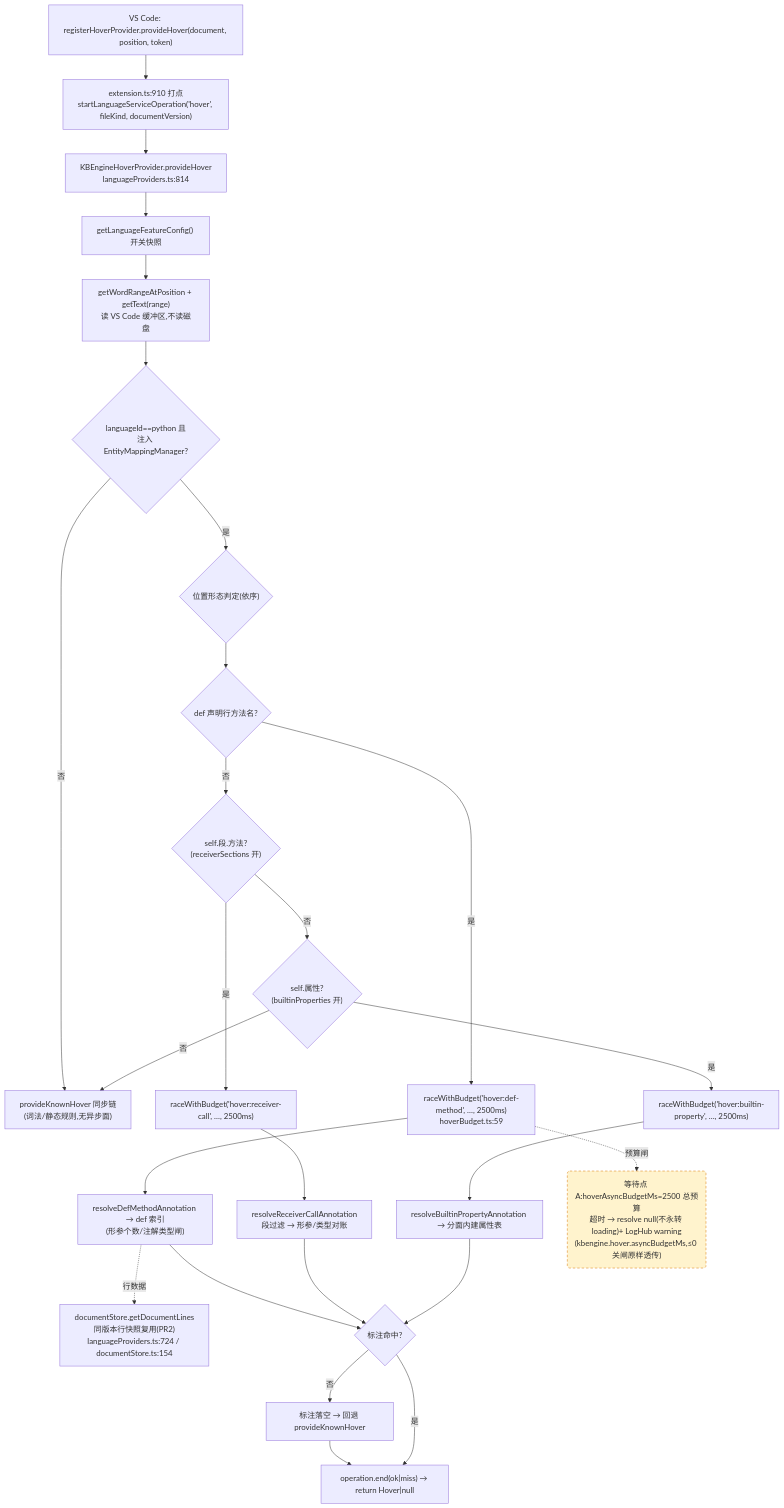
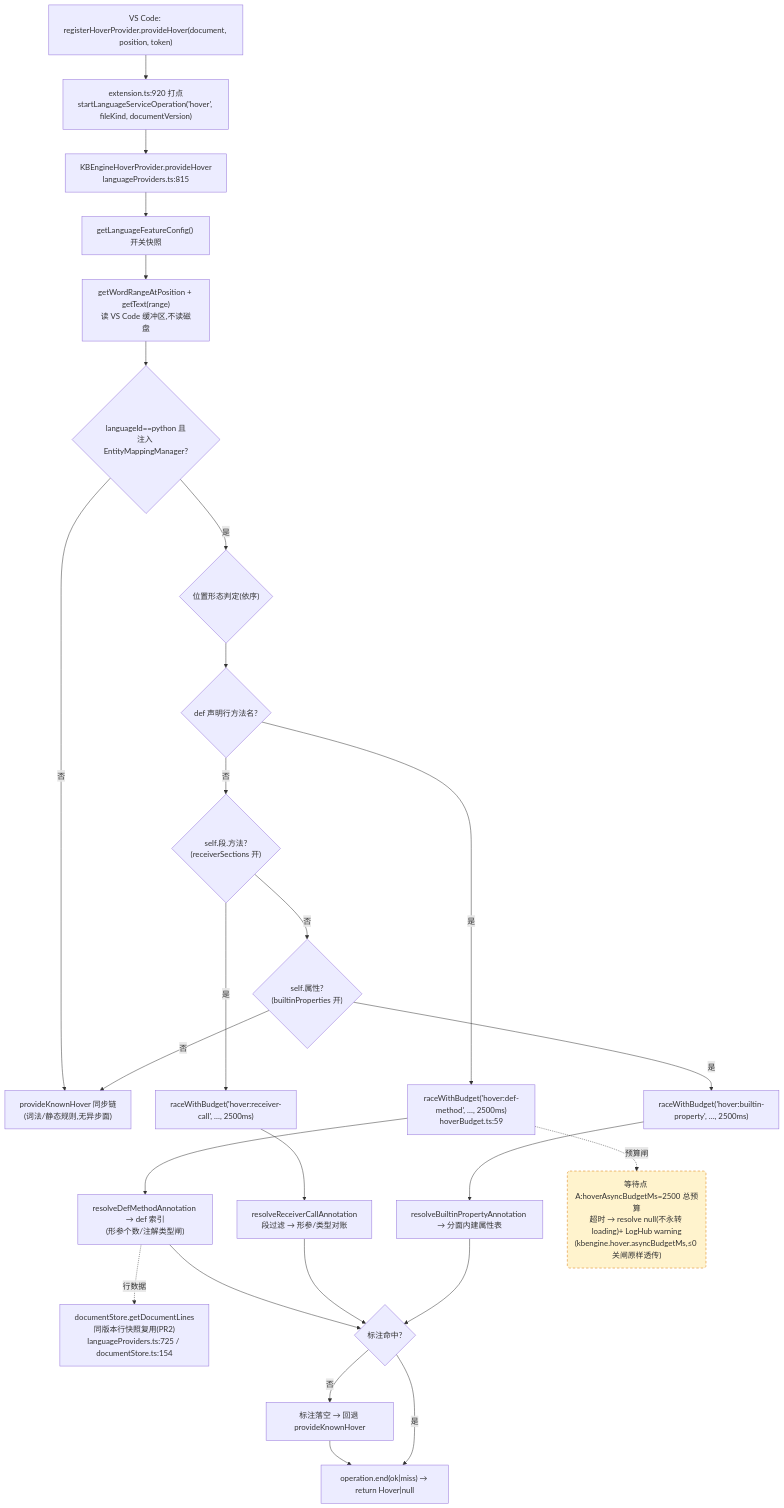
The first of 4 diagrams in docs/perf/2026-baseline.md (cuihairu/kode), drawn with Mermaid before and after one commit. The commit also changed other lines of this file and 10 other files, not shown here.

````diff
--- a/docs/perf/2026-baseline.md
+++ b/docs/perf/2026-baseline.md
@@ -82,45 +82,45 @@
 ```mermaid
 flowchart TD
   VC1["VS Code: registerHoverProvider.provideHover(document, position, token)"]
-  M1["extension.ts:910 打点<br/>startLanguageServiceOperation('hover', fileKind, documentVersion)"]
-  HP["KBEngineHoverProvider.provideHover<br/>languageProviders.ts:814"]
+  M1["extension.ts:920 打点<br/>startLanguageServiceOperation('hover', fileKind, documentVersion)"]
+  HP["KBEngineHoverProvider.provideHover<br/>languageProviders.ts:815"]
   CFG["getLanguageFeatureConfig() 开关快照"]
   WORD["getWordRangeAtPosition + getText(range)<br/>读 VS Code 缓冲区,不读磁盘"]
   BR{"languageId==python 且<br/>注入 EntityMappingManager?"}
   KN["provideKnownHover 同步链<br/>(词法/静态规则,无异步面)"]
   POS{"位置形态判定(依序)"}
   D1{"def 声明行方法名?"}
   D2{"self.段.方法?<br/>(receiverSections 开)"}
   D3{"self.属性?<br/>(builtinProperties 开)"}
   RA1["raceWithBudget('hover:def-method', …, 2500ms)<br/>hoverBudget.ts:59"]
   RA2["raceWithBudget('hover:receiver-call', …, 2500ms)"]
   RA3["raceWithBudget('hover:builtin-property', …, 2500ms)"]
   RS1["resolveDefMethodAnnotation → def 索引<br/>(形参个数/注解类型闸)"]
   RS2["resolveReceiverCallAnnotation<br/>段过滤 → 形参/类型对账"]
   RS3["resolveBuiltinPropertyAnnotation → 分面内建属性表"]
-  LINES["documentStore.getDocumentLines<br/>同版本行快照复用(PR2)<br/>languageProviders.ts:724 / documentStore.ts:154"]
+  LINES["documentStore.getDocumentLines<br/>同版本行快照复用(PR2)<br/>languageProviders.ts:725 / documentStore.ts:154"]
   MISS["标注落空 → 回退 provideKnownHover"]
   END1["operation.end(ok|miss) → return Hover|null"]
 
   VC1 --> M1 --> HP --> CFG --> WORD --> BR
   BR -- "否" --> KN
   BR -- "是" --> POS --> D1
   D1 -- "是" --> RA1 --> RS1
   D1 -- "否" --> D2
   D2 -- "是" --> RA2 --> RS2
   D2 -- "否" --> D3
   D3 -- "是" --> RA3 --> RS3
   D3 -- "否" --> KN
   RS1 --> HIT{"标注命中?"}
   RS2 --> HIT
   RS3 --> HIT
   RS1 -.->|行数据| LINES
   HIT -- "否" --> MISS --> END1
   HIT -- "是" --> END1
 
   WAITA("等待点 A:hoverAsyncBudgetMs=2500 总预算<br/>超时 → resolve null(不永转 loading)+ LogHub warning<br/>(kbengine.hover.asyncBudgetMs,≤0 关闸原样透传)")
   RA1 -.->|预算闸| WAITA
 
   classDef waitPoint fill:#fff3cd,stroke:#d97706,stroke-dasharray:5 4;
   class WAITA waitPoint;
 ```
````
